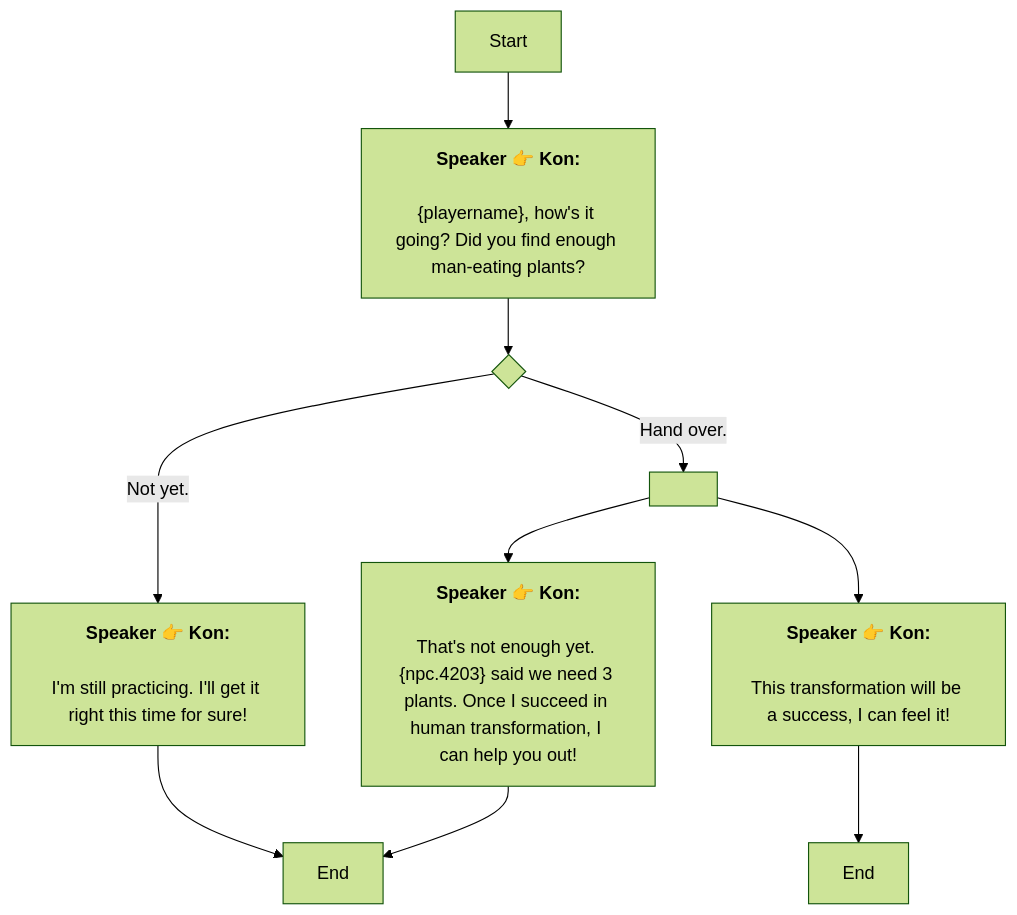
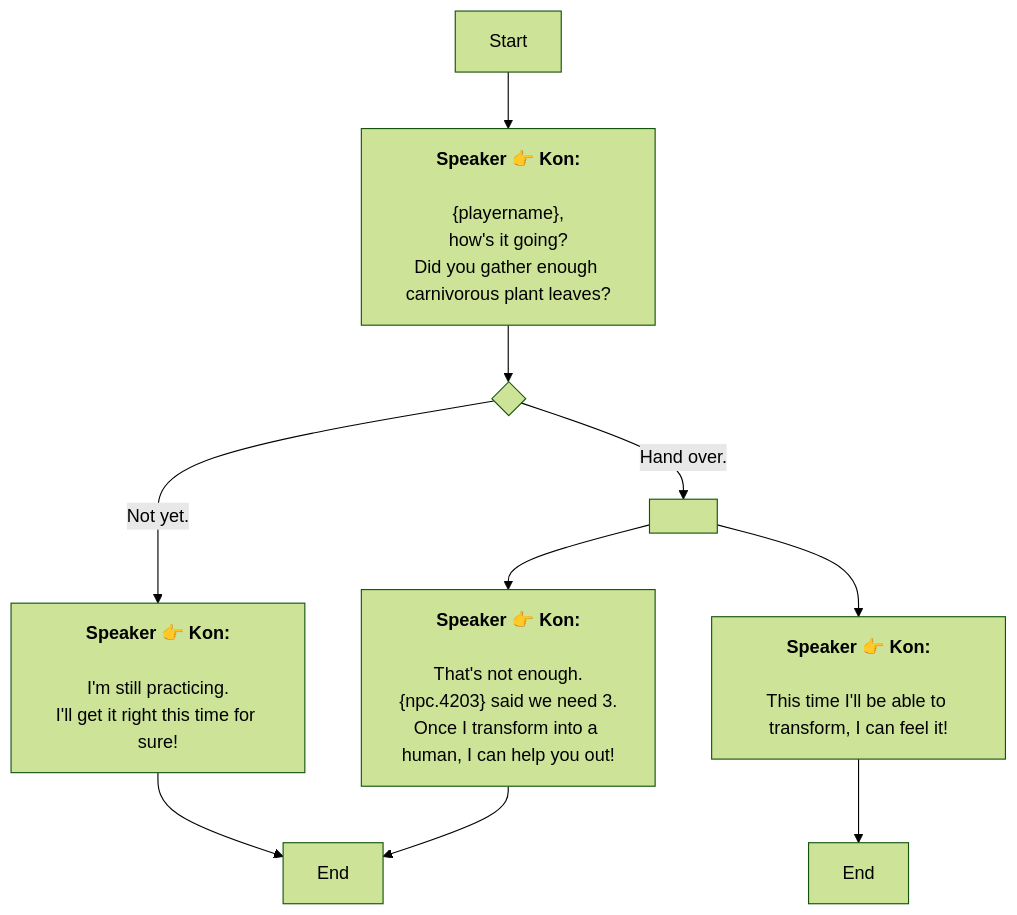
The diagram in En/QuestTalkObjectiveNode_1738540454527154.md (SoftHu/tos_avg), drawn with Mermaid (forest theme) before and after one commit. The commit also changed 297 other files, not shown here.

````diff
--- a/En/QuestTalkObjectiveNode_1738540454527154.md
+++ b/En/QuestTalkObjectiveNode_1738540454527154.md
@@ -1,21 +1,26 @@
 ```mermaid
 graph
 Start -->1738540623759549[<b>Speaker 👉 Kon:</b>
 
-&lbrace;playername&rbrace;, how's it going? Did you find enough man-eating plants?]
+&lbrace;playername&rbrace;,
+how's it going?
+Did you gather enough carnivorous plant leaves?]
 1738540623759549 -->1738540722460865{ }
 1738540722460865 -->|Not yet.|1738541281747142[<b>Speaker 👉 Kon:</b>
 
-I'm still practicing. I'll get it right this time for sure!]
+I'm still practicing.
+I'll get it right this time for sure!]
 1738540722460865 -->|Hand over.|1738552948907153[ ]
 1738541281747142 -->1738541321536711[End]
 1738552948907153 -->1738540706198720[<b>Speaker 👉 Kon:</b>
 
-This transformation will be a success, I can feel it!]
+This time I'll be able to transform, I can feel it!]
 1738552948907153 -->1738540704310463[<b>Speaker 👉 Kon:</b>
 
-That's not enough yet. &lbrace;npc.4203&rbrace; said we need 3 plants. Once I succeed in human transformation, I can help you out!]
+That's not enough.
+&lbrace;npc.4203&rbrace; said we need 3.
+Once I transform into a human, I can help you out!]
 1738540706198720 -->1738541365653704[End]
 1738540704310463 -->1738541321536711[End]
 
  ```
````
